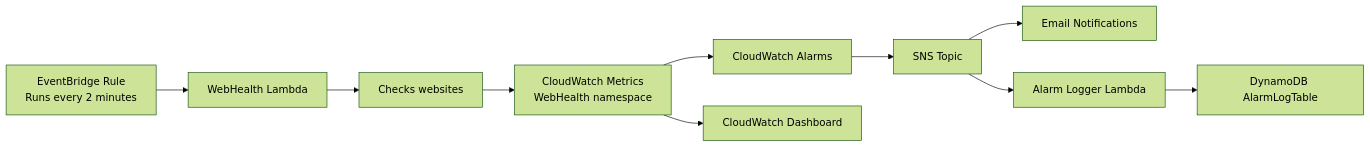
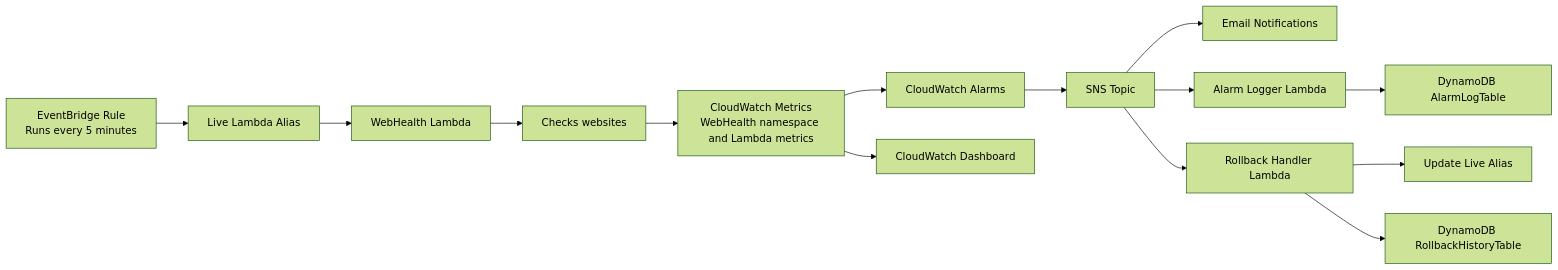
The diagram in Joshua/README.md (JoshuKr-droid/WSU2026), drawn with Mermaid (forest theme) before and after one commit. The commit also changed other lines of this file and 6 other files, not shown here.

````diff
--- a/Joshua/README.md
+++ b/Joshua/README.md
@@ -27,12 +28,16 @@
 ```mermaid
 flowchart LR
-    A[EventBridge Rule\nRuns every 2 minutes] --> B[WebHealth Lambda]
-    B --> C[Checks websites]
-    C --> D[CloudWatch Metrics\nWebHealth namespace]
-    D --> E[CloudWatch Alarms]
-    E --> F[SNS Topic]
-    F --> G[Email Notifications]
-    F --> H[Alarm Logger Lambda]
-    H --> I[DynamoDB AlarmLogTable]
-    D --> J[CloudWatch Dashboard]
+    A[EventBridge Rule\nRuns every 5 minutes] --> B[Live Lambda Alias]
+    B --> C[WebHealth Lambda]
+    C --> D[Checks websites]
+    D --> E[CloudWatch Metrics\nWebHealth namespace and Lambda metrics]
+    E --> F[CloudWatch Alarms]
+    F --> G[SNS Topic]
+    G --> H[Email Notifications]
+    G --> I[Alarm Logger Lambda]
+    I --> J[DynamoDB AlarmLogTable]
+    G --> K[Rollback Handler Lambda]
+    K --> L[Update Live Alias]
+    K --> M[DynamoDB RollbackHistoryTable]
+    E --> N[CloudWatch Dashboard]
 ```
````
